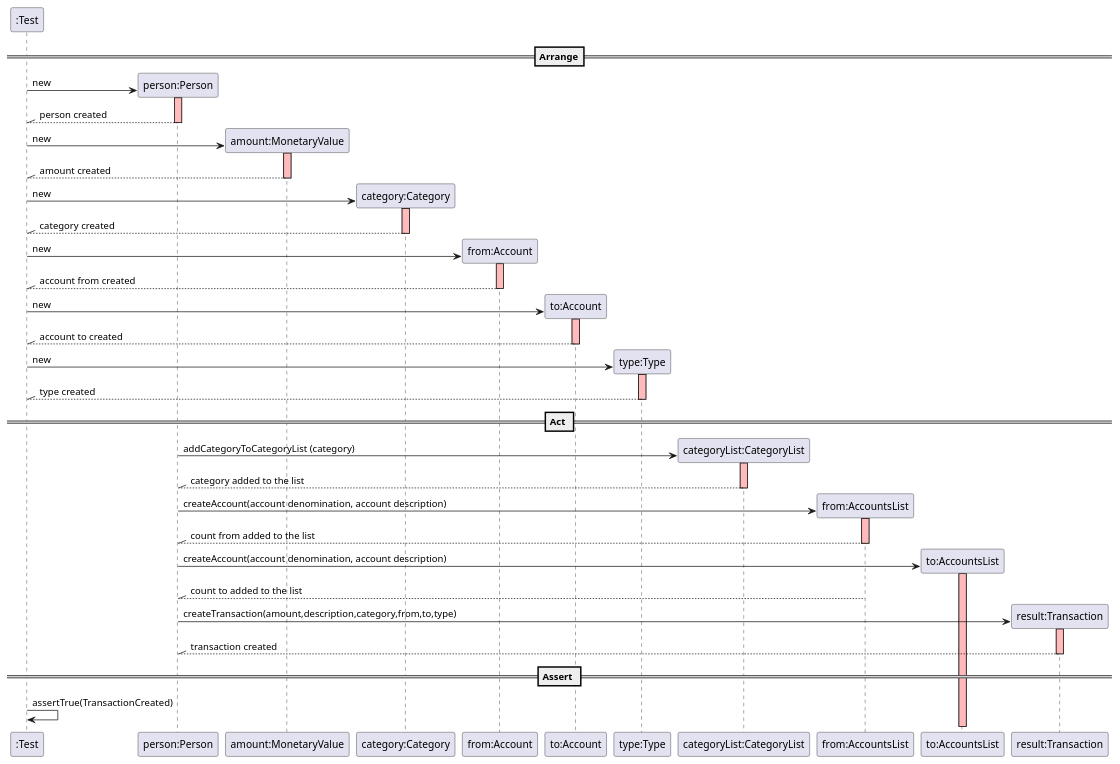
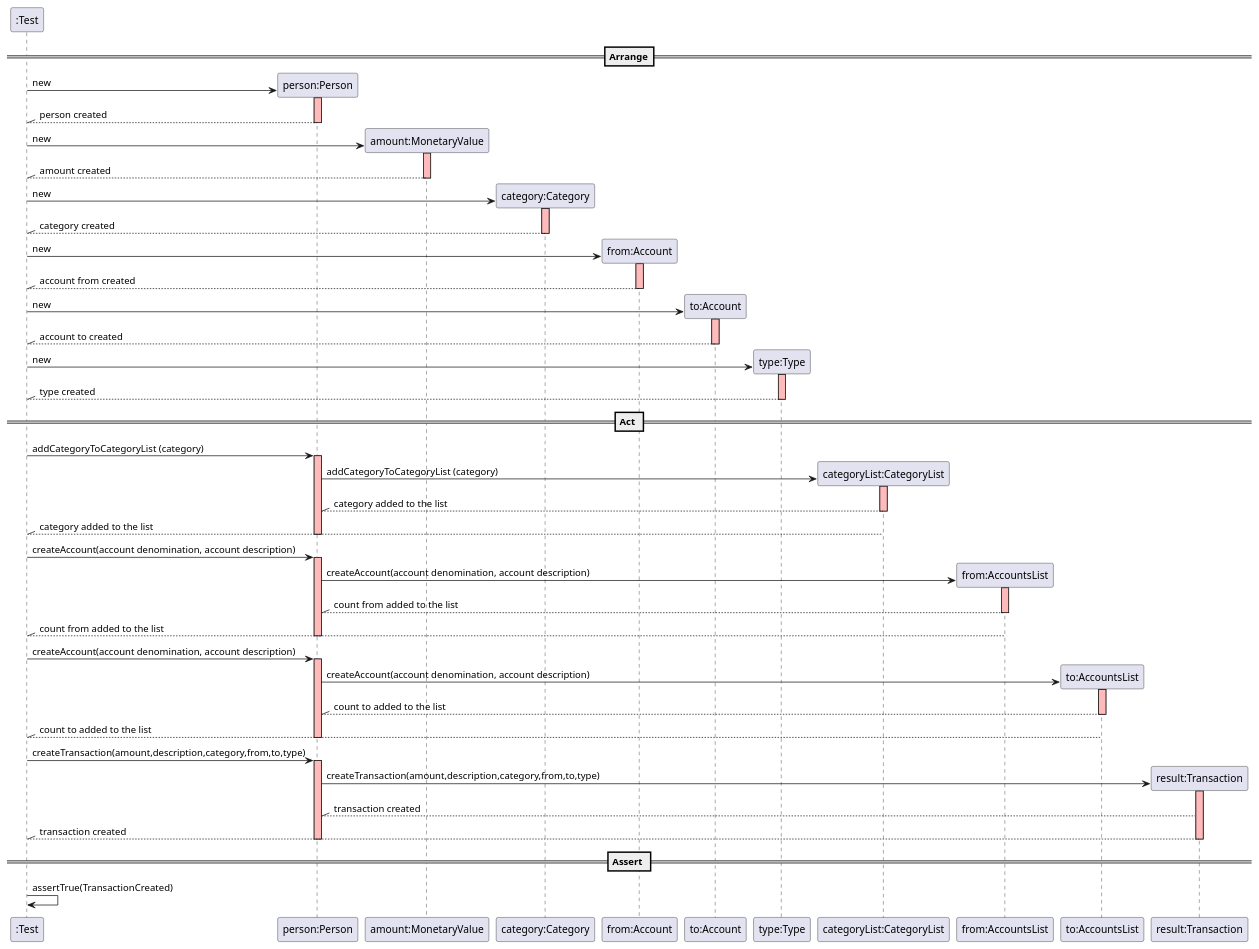
The diagram in docs/SequenceDiagram - UserStory8.puml (mleitaoribeiro/DevOpsMaven), drawn with PlantUML before and after one commit.

```diff
--- a/docs/SequenceDiagram - UserStory8.puml
+++ b/docs/SequenceDiagram - UserStory8.puml
@@ -1,76 +1,98 @@
 @startuml
 create ":Test"
 
 ==Arrange==
 
 create "person:Person"
 ":Test" -> "person:Person" : new
 activate "person:Person" #FFBBBB
 ":Test" //-- "person:Person"  : person created
 deactivate "person:Person" #FFBBBB
 
 
 create "amount:MonetaryValue"
 ":Test" -> "amount:MonetaryValue" : new
 activate "amount:MonetaryValue"  #FFBBBB
 ":Test" //-- "amount:MonetaryValue" : amount created
 deactivate "amount:MonetaryValue" #FFBBBB
 
 
 create "category:Category"
 ":Test" -> "category:Category" : new
 activate "category:Category"  #FFBBBB
 ":Test" //-- "category:Category" : category created
 deactivate "category:Category" #FFBBBB
 
 create "from:Account"
 ":Test" -> "from:Account" : new
 activate "from:Account"  #FFBBBB
 ":Test" //-- "from:Account" : account from created
 deactivate "from:Account" #FFBBBB
 
 create "to:Account"
 ":Test" -> "to:Account" : new
 activate "to:Account"  #FFBBBB
 ":Test" //-- "to:Account" : account to created
 deactivate "to:Account" #FFBBBB
 
 create "type:Type"
 ":Test" -> "type:Type" : new
 activate "type:Type"  #FFBBBB
 ":Test" //-- "type:Type" : type created
 deactivate "type:Type" #FFBBBB
 
 
 == Act ==
 
+":Test" -> "person:Person" : addCategoryToCategoryList (category)
+activate "person:Person"  #FFBBBB
+
 create "categoryList:CategoryList"
 "person:Person" -> "categoryList:CategoryList" : addCategoryToCategoryList (category)
 activate "categoryList:CategoryList"  #FFBBBB
 "person:Person" //-- "categoryList:CategoryList" : category added to the list
 deactivate "categoryList:CategoryList" #FFBBBB
+":Test" //-- "categoryList:CategoryList" : category added to the list
+deactivate "person:Person" #FFBBBB
 
+
+":Test" -> "person:Person" : createAccount(account denomination, account description)
+activate "person:Person"  #FFBBBB
 create "from:AccountsList"
 "person:Person" -> "from:AccountsList" : createAccount(account denomination, account description)
 activate "from:AccountsList"  #FFBBBB
 "person:Person" //-- "from:AccountsList" : count from added to the list
 deactivate "from:AccountsList" #FFBBBB
+":Test" //-- "from:AccountsList" : count from added to the list
+deactivate "from:AccountsList" #FFBBBB
+deactivate "person:Person" #FFBBBB
 
+
+":Test" -> "person:Person" : createAccount(account denomination, account description)
+activate "person:Person"  #FFBBBB
 create "to:AccountsList"
 "person:Person" -> "to:AccountsList" : createAccount(account denomination, account description)
 activate "to:AccountsList"  #FFBBBB
-"person:Person" //-- "from:AccountsList" : count to added to the list
-deactivate "from:AccountsList" #FFBBBB
+"person:Person" //-- "to:AccountsList" : count to added to the list
+deactivate "to:AccountsList" #FFBBBB
+":Test" //-- "to:AccountsList" : count to added to the list
+deactivate "to:AccountsList" #FFBBBB
+deactivate "person:Person" #FFBBBB
 
+
+":Test" -> "person:Person" : createTransaction(amount,description,category,from,to,type)
+activate "person:Person"  #FFBBBB
 create "result:Transaction"
 "person:Person" -> "result:Transaction" : createTransaction(amount,description,category,from,to,type)
 activate "result:Transaction"  #FFBBBB
 "person:Person" //-- "result:Transaction"  : transaction created
+":Test" //-- "result:Transaction" : transaction created
 deactivate "result:Transaction" #FFBBBB
+deactivate "person:Person" #FFBBBB
 
 
 == Assert ==
 
 ":Test" -> ":Test" : assertTrue(TransactionCreated)
 
 @enduml
```
